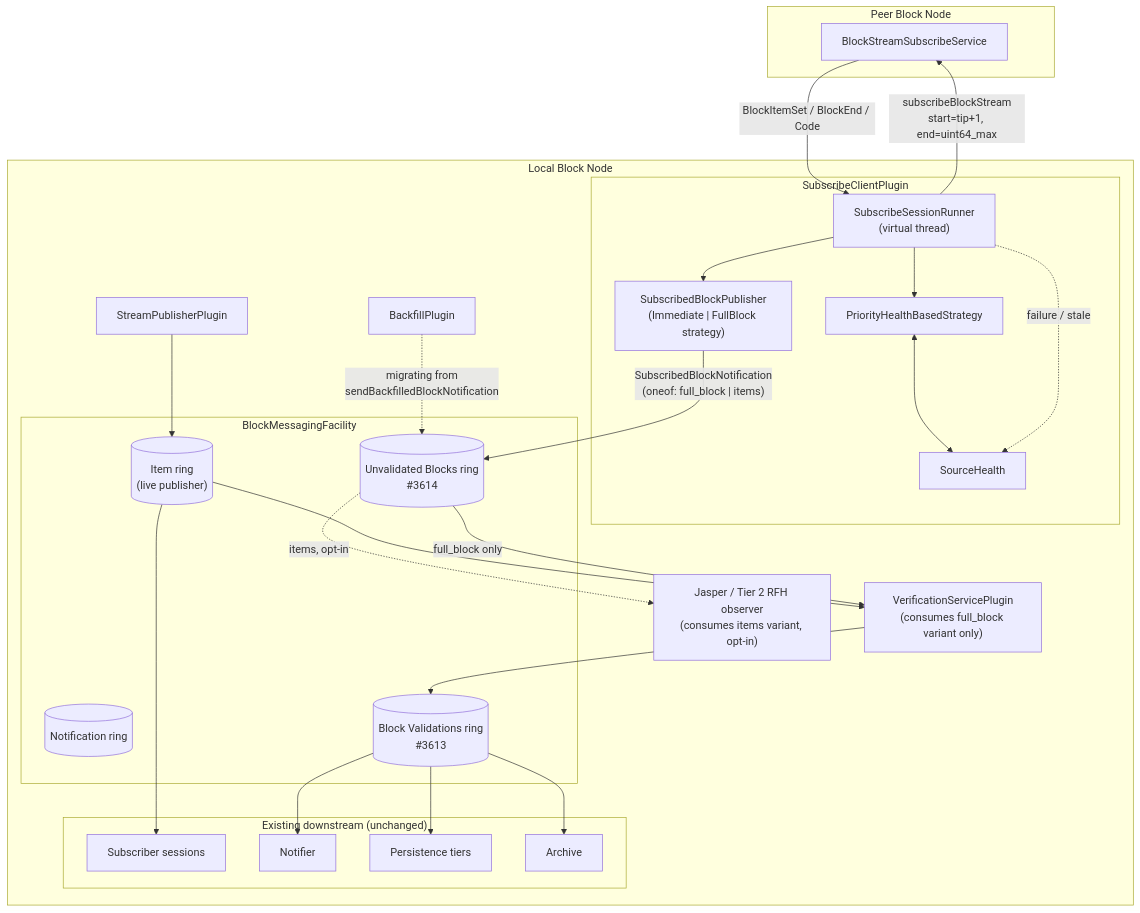
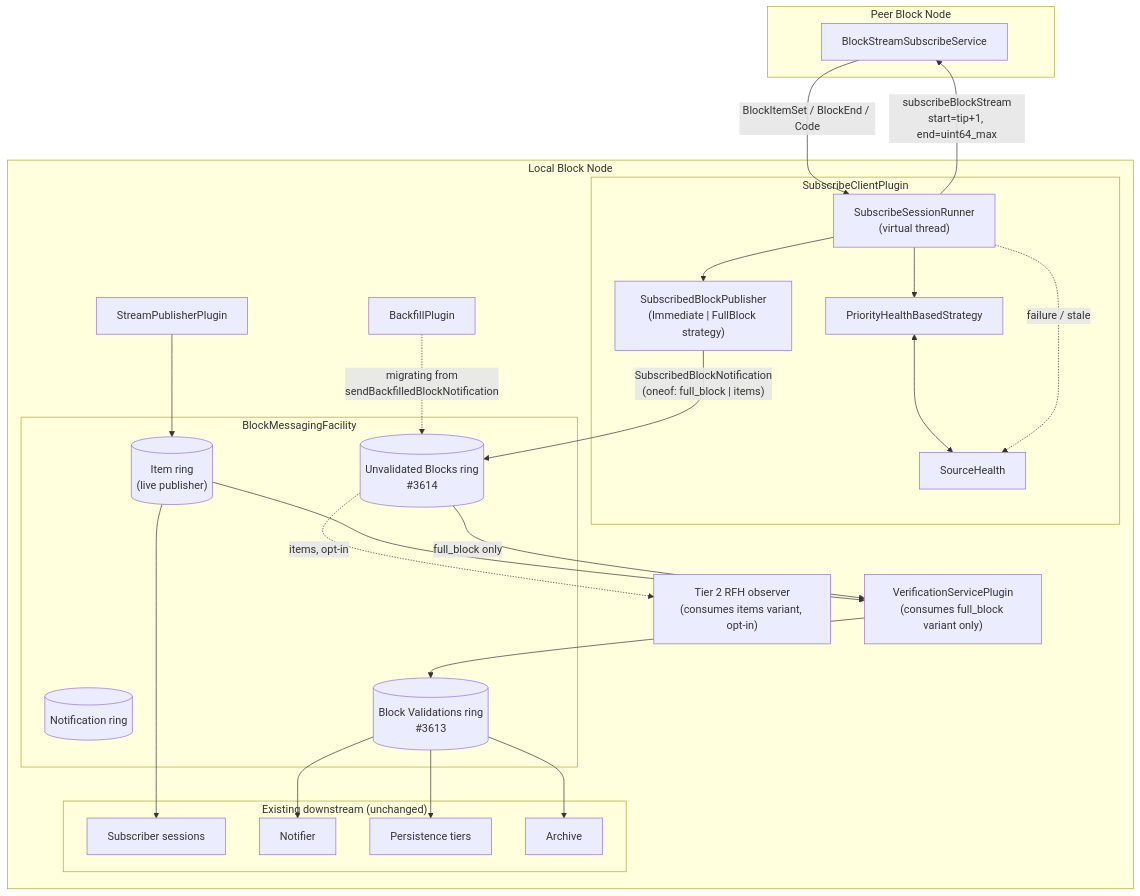
Before and after one commit to hiero-ledger/hiero-block-node: the first of 2 diagrams in docs/design/streaming/subscribe-client-plugin.md, drawn with Mermaid. The commit also changed other lines of this file, not shown here.

First line of the commit message:
docs(streaming): address Nana round-3.5 review — fix rendering, drop Jasper, no-gaps invariant

````diff
--- a/docs/design/streaming/subscribe-client-plugin.md
+++ b/docs/design/streaming/subscribe-client-plugin.md
@@ -449,55 +474,55 @@
 ```mermaid
 flowchart TB
   subgraph Peer["Peer Block Node"]
     PSS["BlockStreamSubscribeService"]
   end
 
   subgraph Local["Local Block Node"]
     subgraph Plugin["SubscribeClientPlugin"]
       SSR["SubscribeSessionRunner<br/>(virtual thread)"]
       SBP["SubscribedBlockPublisher<br/>(Immediate | FullBlock strategy)"]
       SEL["PriorityHealthBasedStrategy"]
       SH["SourceHealth"]
     end
 
     subgraph Facility["BlockMessagingFacility"]
       IR[("Item ring<br/>(live publisher)")]
       NR[("Notification ring")]
       VR[("Block Validations ring<br/>#3613")]
       UR[("Unvalidated Blocks ring<br/>#3614")]
     end
 
     SPP["StreamPublisherPlugin"]
     BFP["BackfillPlugin"]
 
     VER["VerificationServicePlugin<br/>(consumes full_block variant only)"]
 
-    JAS["Jasper / Tier 2 RFH observer<br/>(consumes items variant, opt-in)"]
+    JAS["Tier 2 RFH observer<br/>(consumes items variant, opt-in)"]
 
     subgraph Downstream["Existing downstream (unchanged)"]
       SUB["Subscriber sessions"]
       NOT["Notifier"]
       PER["Persistence tiers"]
       ARC["Archive"]
     end
   end
 
   SSR -->|"subscribeBlockStream<br/>start=tip+1, end=uint64_max"| PSS
   PSS -->|"BlockItemSet / BlockEnd / Code"| SSR
   SSR --> SBP
   SBP -->|"SubscribedBlockNotification<br/>(oneof: full_block | items)"| UR
   BFP -.->|"migrating from<br/>sendBackfilledBlockNotification"| UR
   SPP --> IR
   IR --> VER
   UR -->|"full_block only"| VER
   UR -.->|"items, opt-in"| JAS
   VER --> VR
   VR --> PER
   VR --> ARC
   VR --> NOT
   IR --> SUB
 
   SEL <--> SH
   SSR --> SEL
   SSR -.->|"failure / stale"| SH
 ```
````
